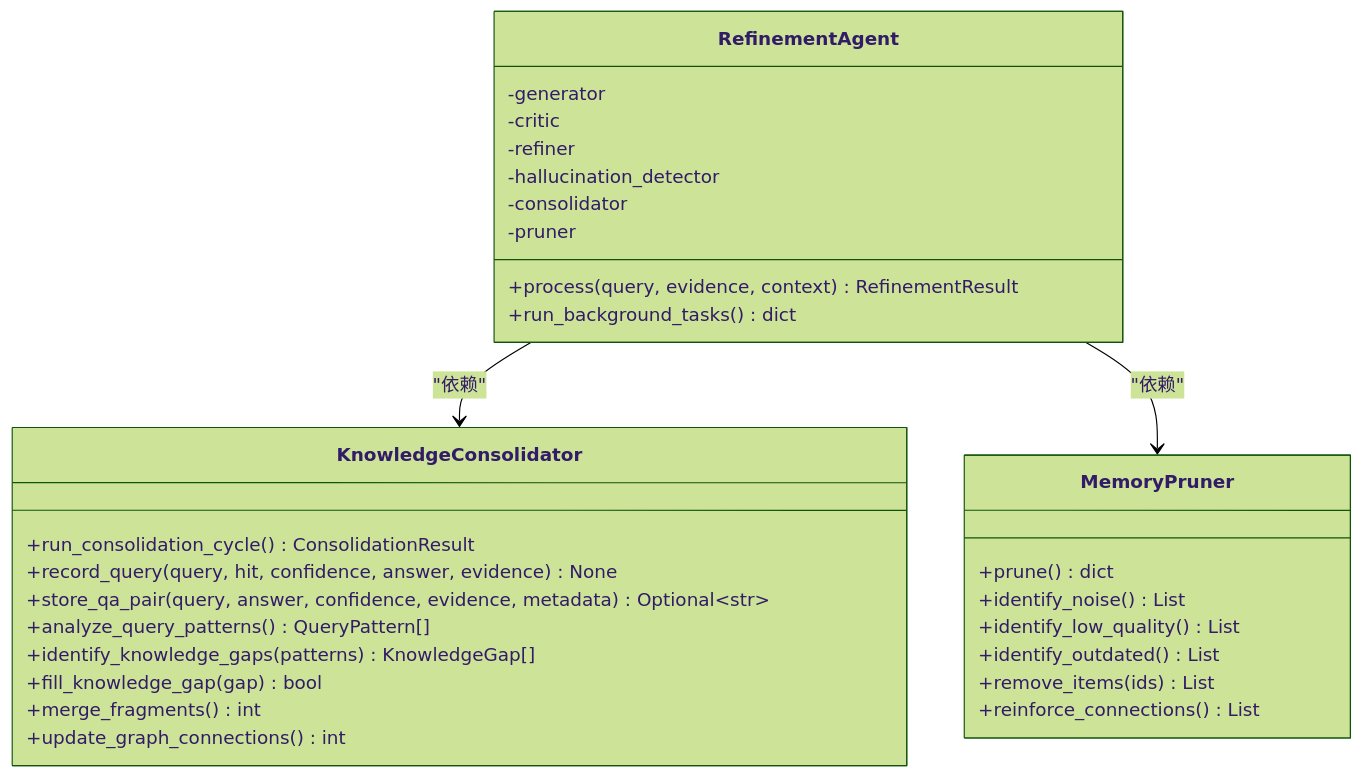
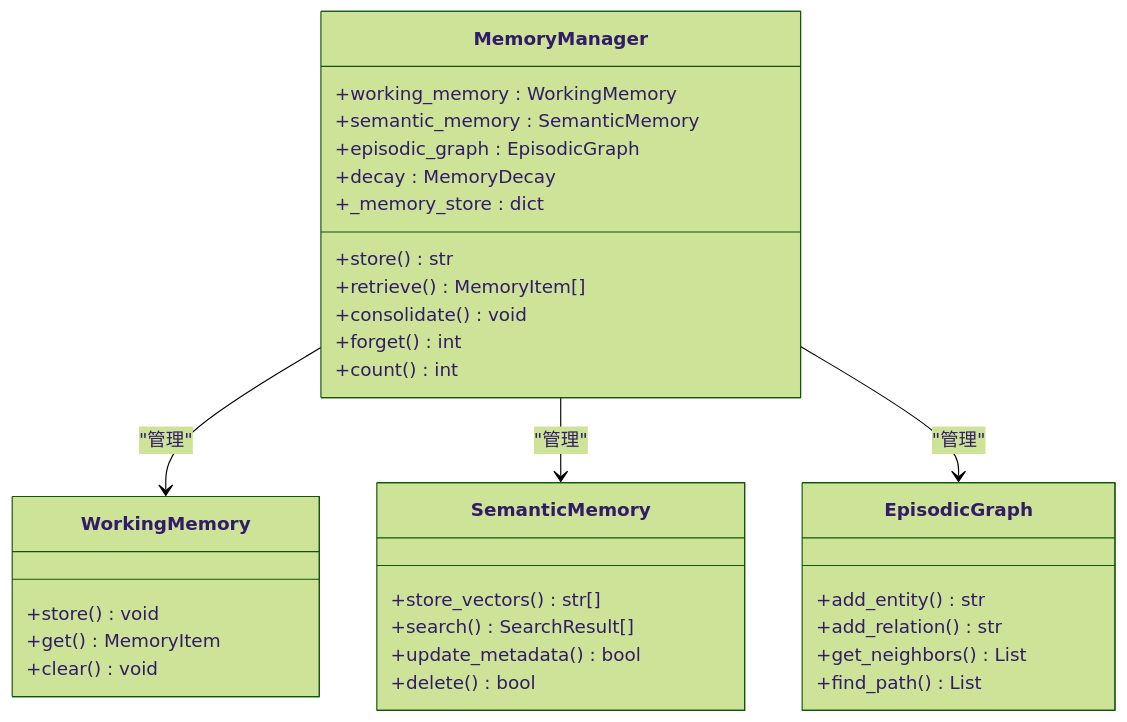
One commit to JieGaoPrinceton/NecoRAG changed the eighth of 12 diagrams in .qoder/repowiki/zh/content/巩固层模块/知识固化系统.md. Above: the diagram before and after it, drawn with Mermaid (forest theme). The commit also changed other lines of this file and 181 other files, not shown here.

````diff
--- a/.qoder/repowiki/zh/content/巩固层模块/知识固化系统.md
+++ b/.qoder/repowiki/zh/content/巩固层模块/知识固化系统.md
@@ -210,33 +277,35 @@
 ```mermaid
 classDiagram
-class RefinementAgent {
-+process(query, evidence, context) RefinementResult
-+run_background_tasks() dict
--generator
--critic
--refiner
--hallucination_detector
--consolidator
--pruner
+class MemoryManager {
++working_memory : WorkingMemory
++semantic_memory : SemanticMemory
++episodic_graph : EpisodicGraph
++decay : MemoryDecay
++_memory_store : dict
++store() str
++retrieve() MemoryItem[]
++consolidate() void
++forget() int
++count() int
 }
-class KnowledgeConsolidator {
-+run_consolidation_cycle() ConsolidationResult
-+record_query(query, hit, confidence, answer, evidence) None
-+store_qa_pair(query, answer, confidence, evidence, metadata) Optional~str~
-+analyze_query_patterns() QueryPattern[]
-+identify_knowledge_gaps(patterns) KnowledgeGap[]
-+fill_knowledge_gap(gap) bool
-+merge_fragments() int
-+update_graph_connections() int
+class WorkingMemory {
++store() void
++get() MemoryItem
++clear() void
 }
-class MemoryPruner {
-+prune() dict
-+identify_noise() List
-+identify_low_quality() List
-+identify_outdated() List
-+remove_items(ids) List
-+reinforce_connections() List
+class SemanticMemory {
++store_vectors() str[]
++search() SearchResult[]
++update_metadata() bool
++delete() bool
 }
-RefinementAgent --> KnowledgeConsolidator : "依赖"
-RefinementAgent --> MemoryPruner : "依赖"
+class EpisodicGraph {
++add_entity() str
++add_relation() str
++get_neighbors() List
++find_path() List
+}
+MemoryManager --> WorkingMemory : "管理"
+MemoryManager --> SemanticMemory : "管理"
+MemoryManager --> EpisodicGraph : "管理"
 ```
````
